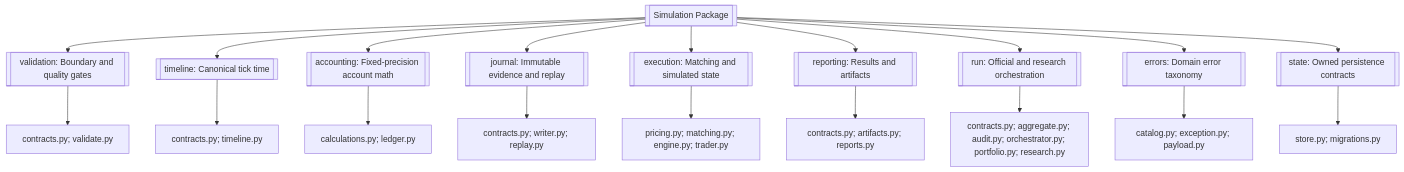
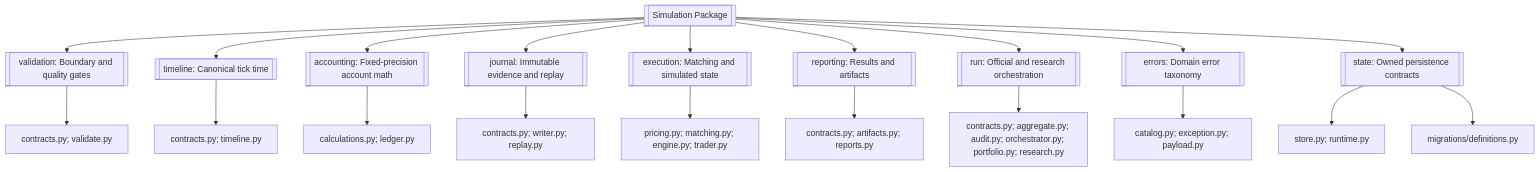
The first of 9 diagrams in app/services/simulator/README.md (haruperi/HaruQuantAI), drawn with Mermaid before and after one commit. The commit also changed other lines of this file and 315 other files, not shown here.

````diff
--- a/app/services/simulator/README.md
+++ b/app/services/simulator/README.md
@@ -126,24 +134,25 @@
 ```mermaid
 flowchart TD
     SIM[[Simulation Package]]
 
     SIM --> VAL[[validation: Boundary and quality gates]]
     SIM --> TIME[[timeline: Canonical tick time]]
     SIM --> ACC[[accounting: Fixed-precision account math]]
     SIM --> JRN[[journal: Immutable evidence and replay]]
     SIM --> EXE[[execution: Matching and simulated state]]
     SIM --> REP[[reporting: Results and artifacts]]
     SIM --> RUN[[run: Official and research orchestration]]
     SIM --> ERR[[errors: Domain error taxonomy]]
     SIM --> STA[[state: Owned persistence contracts]]
 
     VAL --> VALF[contracts.py; validate.py]
     TIME --> TIMEF[contracts.py; timeline.py]
     ACC --> ACCF[calculations.py; ledger.py]
     JRN --> JRNF[contracts.py; writer.py; replay.py]
     EXE --> EXEF[pricing.py; matching.py; engine.py; trader.py]
     REP --> REPF[contracts.py; artifacts.py; reports.py]
     RUN --> RUNF[contracts.py; aggregate.py; audit.py; orchestrator.py; portfolio.py; research.py]
     ERR --> ERRF[catalog.py; exception.py; payload.py]
-    STA --> STAF[store.py; migrations.py]
+    STA --> STAF[store.py; runtime.py]
+    STA --> MIG[migrations/definitions.py]
 ```
````
